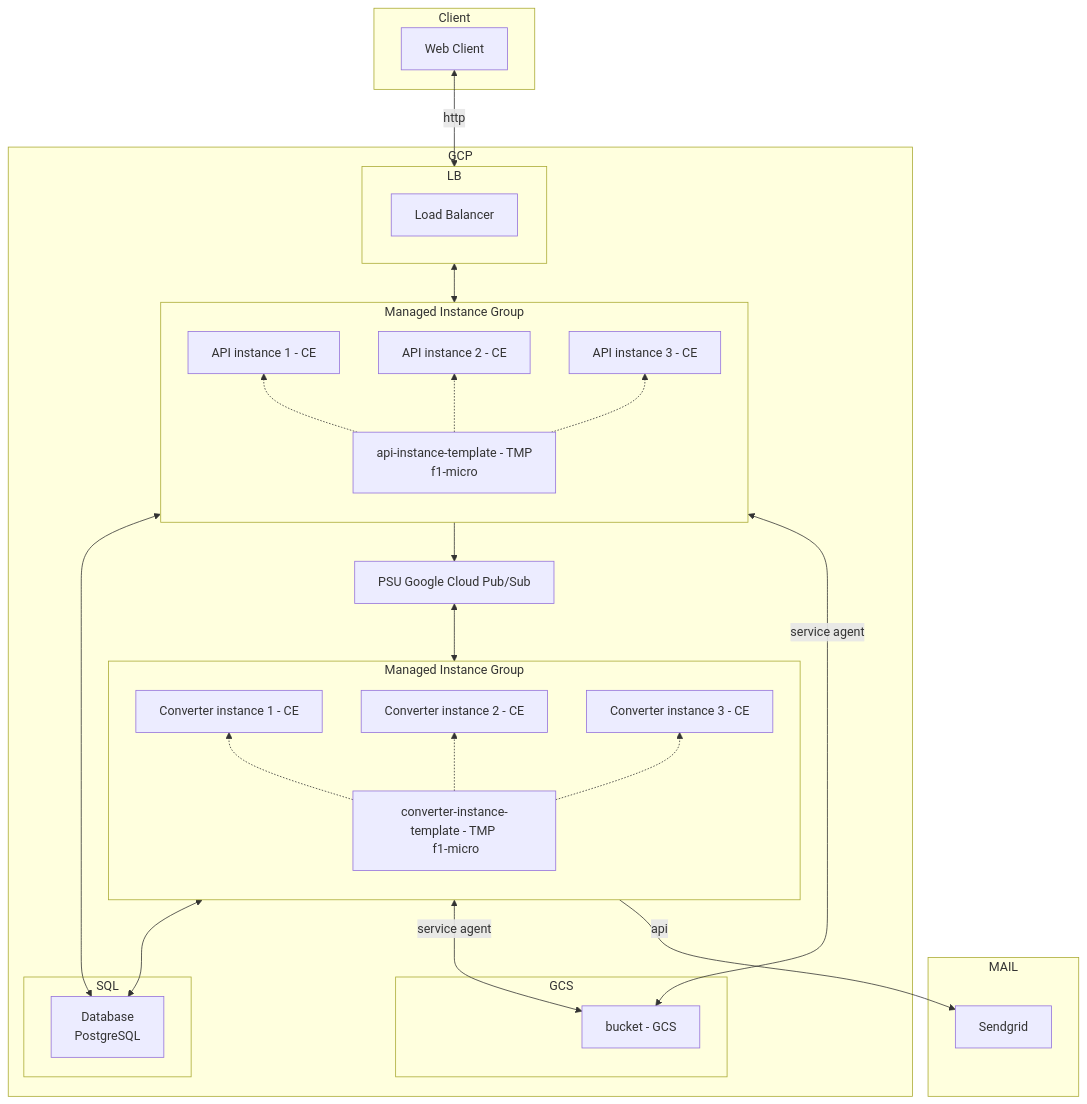
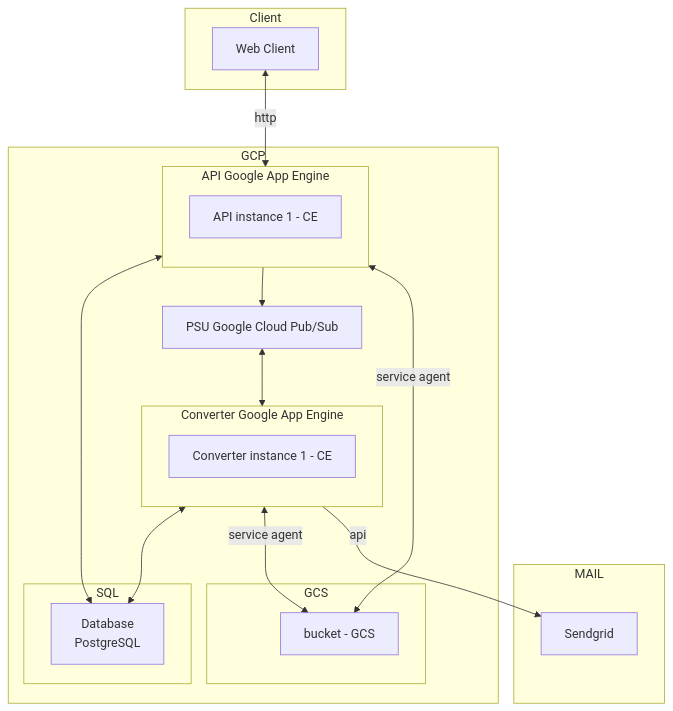
Before and after one commit to muniter/uni_cloud_convert: the first of 4 diagrams in README.md, drawn with Mermaid.

Commit message:
docs: update diagram to reflect Google Cloud Engine

````diff
--- a/README.md
+++ b/README.md
@@ -34,50 +34,34 @@
 ```mermaid
 flowchart TD
   subgraph Client
     web[Web Client]
   end
   subgraph MAIL
     mail[Sendgrid]
   end
-  web<--http-->LB
+  web<--http-->MIG
   subgraph GCP
-    subgraph LB
-      bal[Load Balancer]
-    end
-    LB <--> MIG
-    subgraph MIG[Managed Instance Group]
+    subgraph MIG[API Google App Engine]
       direction BT
       api1[API instance 1 - CE]
-      api2[API instance 2 - CE]
-      apin[API instance 3 - CE]
-      tem[api-instance-template - TMP \n f1-micro]
-      tem-.->api1
-      tem-.->api2
-      tem-.->apin
     end
     PUBSUB[PSU Google Cloud Pub/Sub]
     subgraph SQL
       db[Database \n PostgreSQL]
     end
-    subgraph MIGC[Managed Instance Group]
+    subgraph MIGC[Converter Google App Engine]
       direction BT
       co1[Converter instance 1 - CE]
-      co2[Converter instance 2 - CE]
-      con[Converter instance 3 - CE]
-      ctem[converter-instance-template - TMP \n f1-micro]
-      ctem-.->co1
-      ctem-.->co2
-      ctem-.->con
     end
     subgraph GCS
       gcs[bucket - GCS]
     end
     MIG<-->db
     MIG -->PUBSUB
     MIGC<-->db
     PUBSUB<-->MIGC
     MIGC<--service agent-->gcs
     MIG <--service agent-->gcs
     MIGC--api-->mail 
   end
 ```
````
